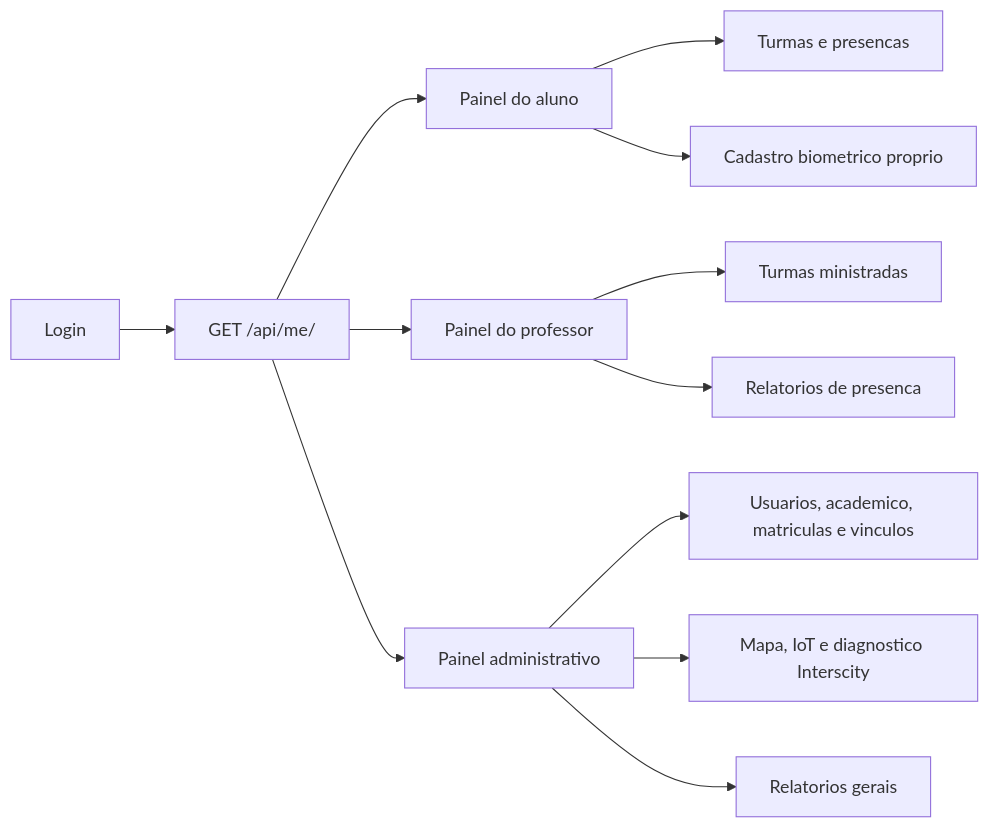
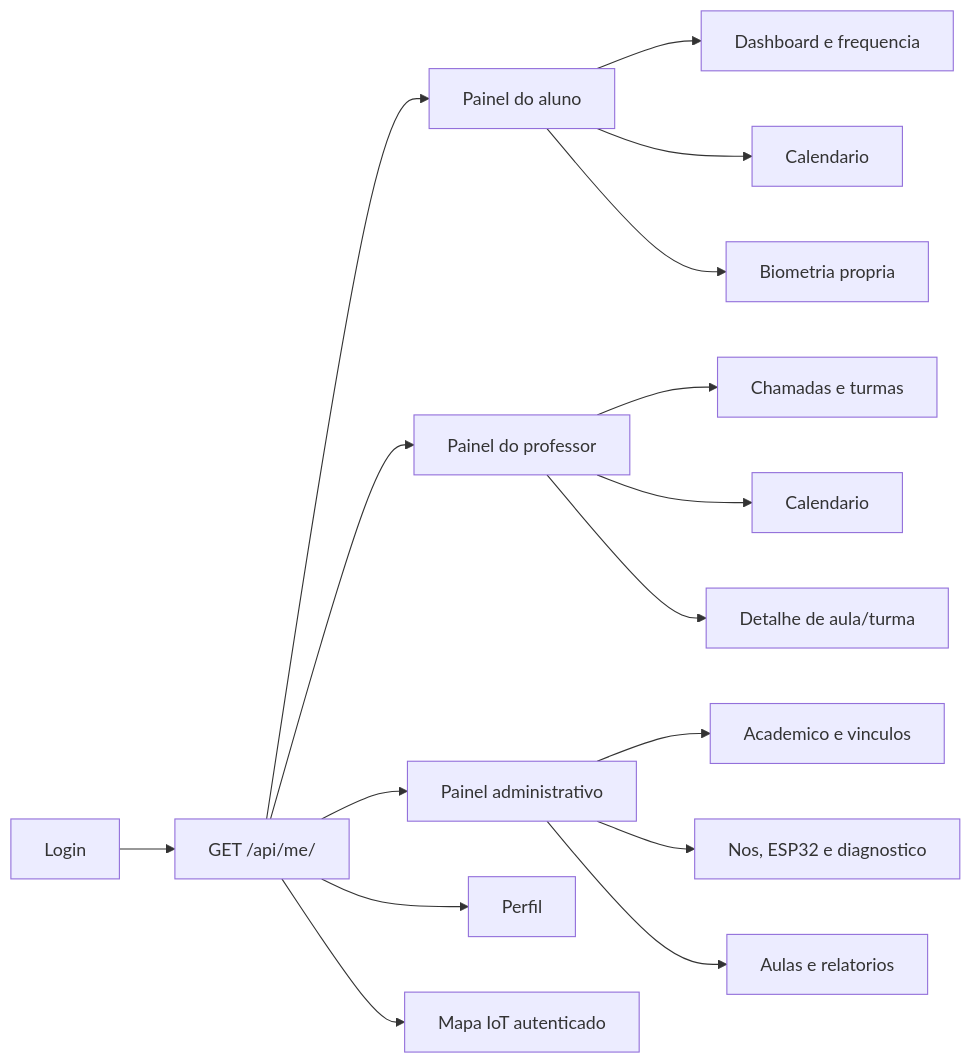
The third of 7 diagrams in autoponto-frontend/docs/diagramas-tcc.md (DanielKGM/autoponto), drawn with Mermaid before and after one commit. The commit also changed other lines of this file and 17 other files, not shown here.

First line of the commit message:
Refactor API documentation and frontend structure; update requirements and improve user flows

````diff
--- a/autoponto-frontend/docs/diagramas-tcc.md
+++ b/autoponto-frontend/docs/diagramas-tcc.md
@@ -43,17 +49,21 @@
 ```mermaid
 flowchart LR
     Login["Login"] --> Me["GET /api/me/"]
     Me --> Aluno["Painel do aluno"]
     Me --> Professor["Painel do professor"]
     Me --> Admin["Painel administrativo"]
+    Me --> Perfil["Perfil"]
+    Me --> MapaAuth["Mapa IoT autenticado"]
 
-    Aluno --> TurmasAluno["Turmas e presencas"]
-    Aluno --> Biometria["Cadastro biometrico proprio"]
+    Aluno --> DashboardAluno["Dashboard e frequencia"]
+    Aluno --> CalendarioAluno["Calendario"]
+    Aluno --> Biometria["Biometria propria"]
 
-    Professor --> TurmasProfessor["Turmas ministradas"]
-    Professor --> Relatorios["Relatorios de presenca"]
+    Professor --> DashboardProfessor["Chamadas e turmas"]
+    Professor --> CalendarioProfessor["Calendario"]
+    Professor --> DetalheAula["Detalhe de aula/turma"]
 
-    Admin --> Cadastros["Usuarios, academico, matriculas e vinculos"]
-    Admin --> Diagnostico["Mapa, IoT e diagnostico Interscity"]
-    Admin --> RelatoriosAdmin["Relatorios gerais"]
+    Admin --> Academico["Academico e vinculos"]
+    Admin --> IoT["Nos, ESP32 e diagnostico"]
+    Admin --> RelatoriosAdmin["Aulas e relatorios"]
 ```
````
